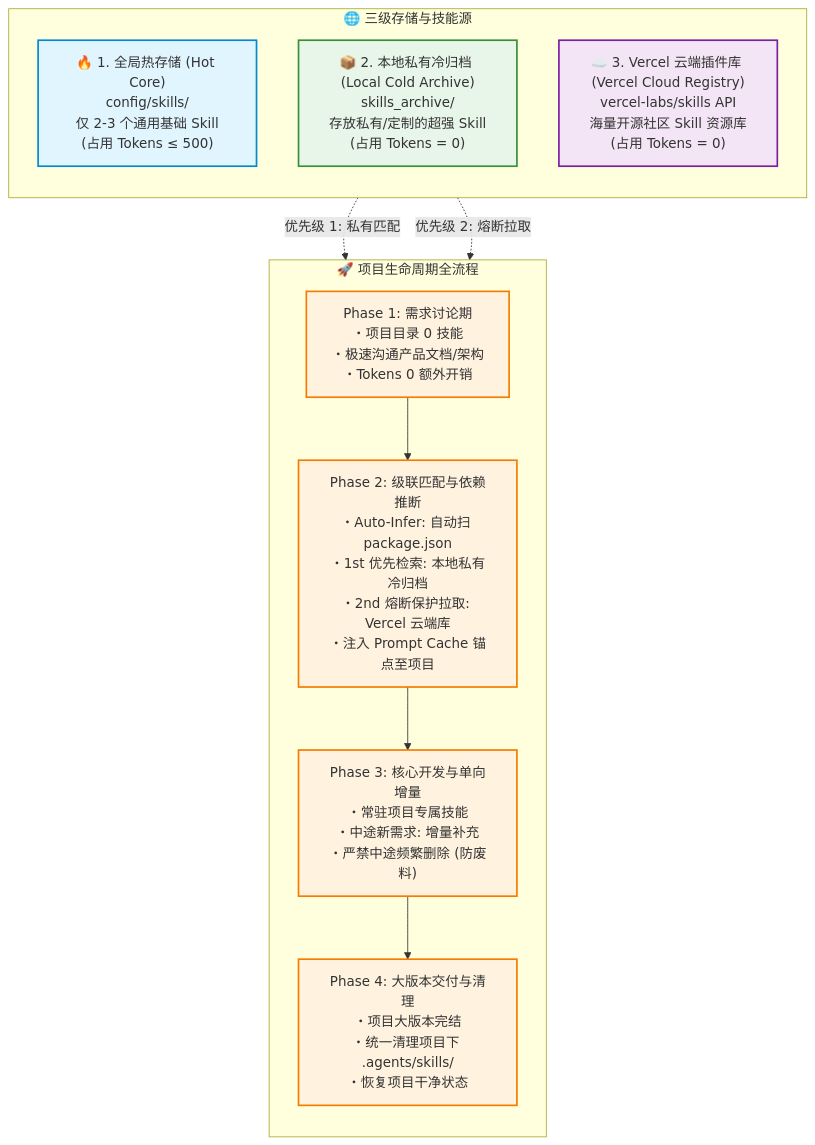
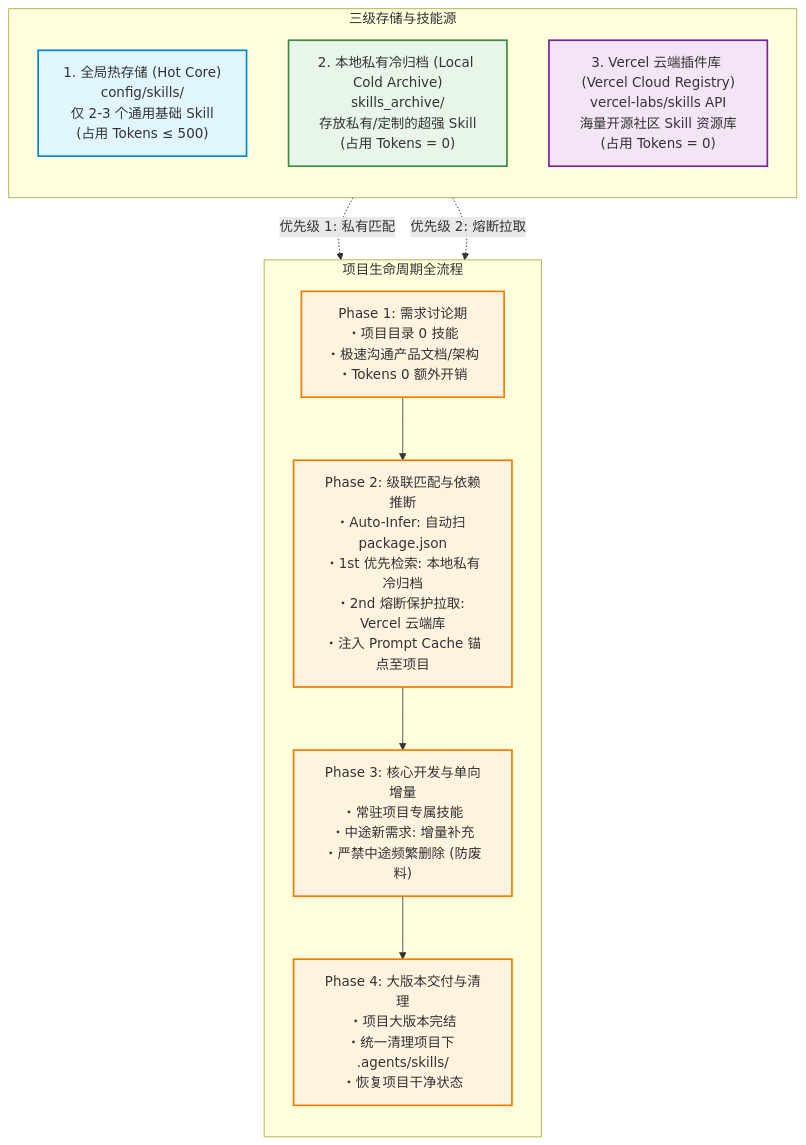
The first of 2 diagrams in README.md (amasun/skill-orchestrator), drawn with Mermaid before and after one commit. The commit also changed other lines of this file, not shown here.

````diff
--- a/README.md
+++ b/README.md
@@ -40,27 +40,27 @@
 ```mermaid
 flowchart TD
     classDef hotStyle fill:#e1f5fe,stroke:#0288d1,stroke-width:2px;
     classDef coldStyle fill:#e8f5e9,stroke:#388e3c,stroke-width:2px;
     classDef cloudStyle fill:#f3e5f5,stroke:#7b1fa2,stroke-width:2px;
     classDef phaseStyle fill:#fff3e0,stroke:#f57c00,stroke-width:2px;
 
-    subgraph STORAGE["🌐 三级存储与技能源"]
+    subgraph STORAGE["三级存储与技能源"]
         direction TB
-        HotCore["🔥 1. 全局热存储 (Hot Core)<br>config/skills/<br>仅 2-3 个通用基础 Skill<br>(占用 Tokens &le; 500)"]:::hotStyle
-        ColdArchive["📦 2. 本地私有冷归档 (Local Cold Archive)<br>skills_archive/<br>存放私有/定制的超强 Skill<br>(占用 Tokens = 0)"]:::coldStyle
-        VercelCloud["☁️ 3. Vercel 云端插件库 (Vercel Cloud Registry)<br>vercel-labs/skills API<br>海量开源社区 Skill 资源库<br>(占用 Tokens = 0)"]:::cloudStyle
+        HotCore["1. 全局热存储 (Hot Core)<br>config/skills/<br>仅 2-3 个通用基础 Skill<br>(占用 Tokens &le; 500)"]:::hotStyle
+        ColdArchive["2. 本地私有冷归档 (Local Cold Archive)<br>skills_archive/<br>存放私有/定制的超强 Skill<br>(占用 Tokens = 0)"]:::coldStyle
+        VercelCloud["3. Vercel 云端插件库 (Vercel Cloud Registry)<br>vercel-labs/skills API<br>海量开源社区 Skill 资源库<br>(占用 Tokens = 0)"]:::cloudStyle
     end
 
-    subgraph LIFECYCLE["🚀 项目生命周期全流程"]
+    subgraph LIFECYCLE["项目生命周期全流程"]
         direction TB
         P1["Phase 1: 需求讨论期<br>・项目目录 0 技能<br>・极速沟通产品文档/架构<br>・Tokens 0 额外开销"]:::phaseStyle
         P2["Phase 2: 级联匹配与依赖推断<br>・Auto-Infer: 自动扫 package.json<br>・1st 优先检索: 本地私有冷归档<br>・2nd 熔断保护拉取: Vercel 云端库<br>・注入 Prompt Cache 锚点至项目"]:::phaseStyle
         P3["Phase 3: 核心开发与单向增量<br>・常驻项目专属技能<br>・中途新需求: 增量补充<br>・严禁中途频繁删除 (防废料)"]:::phaseStyle
         P4["Phase 4: 大版本交付与清理<br>・项目大版本完结<br>・统一清理项目下 .agents/skills/<br>・恢复项目干净状态"]:::phaseStyle
 
         P1 --> P2 --> P3 --> P4
     end
 
     ColdArchive -.->|优先级 1: 私有匹配| P2
     VercelCloud -.->|优先级 2: 熔断拉取| P2
 ```
````
